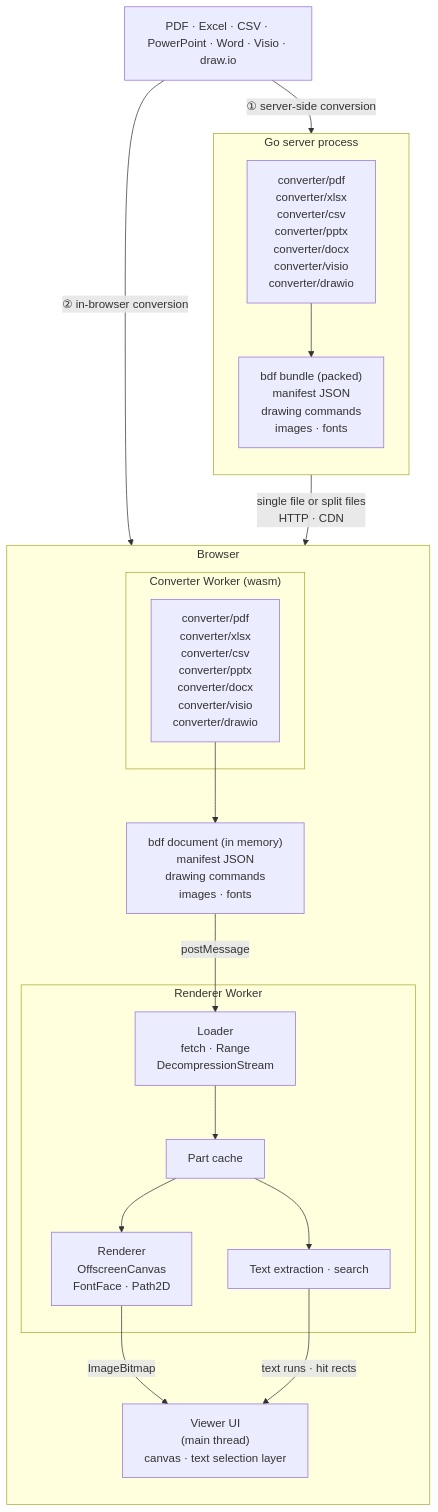
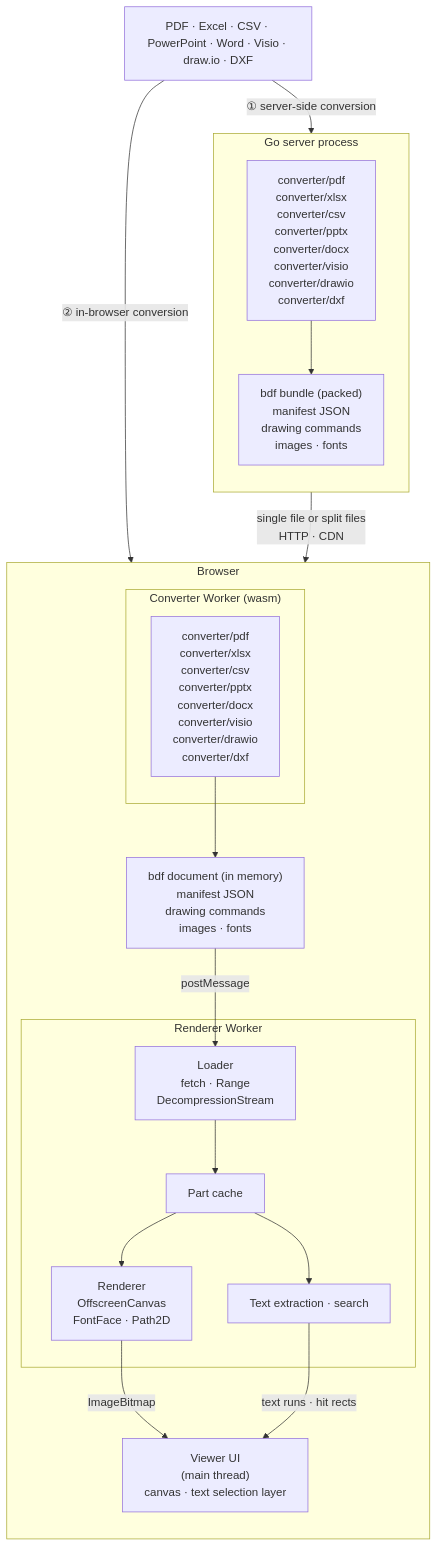
Before and after one commit to shibukawa/bdf: the diagram in README.md, drawn with Mermaid. The commit also changed other lines of this file and 51 other files, not shown here.

First line of the commit message:
Add AutoCAD DXF converter to BDF, with model space and paper space layouts (#17)

````diff
--- a/README.md
+++ b/README.md
@@ -13,37 +13,37 @@
 ```mermaid
 flowchart TB
-    SRC["PDF · Excel · CSV · PowerPoint · Word · Visio · draw.io"]
+    SRC["PDF · Excel · CSV · PowerPoint · Word · Visio · draw.io · DXF"]
 
     subgraph SERVER["Go server process"]
         direction TB
-        SCONV["converter/pdf<br/>converter/xlsx<br/>converter/csv<br/>converter/pptx<br/>converter/docx<br/>converter/visio<br/>converter/drawio"]
+        SCONV["converter/pdf<br/>converter/xlsx<br/>converter/csv<br/>converter/pptx<br/>converter/docx<br/>converter/visio<br/>converter/drawio<br/>converter/dxf"]
         BUNDLE["bdf bundle (packed)<br/>manifest JSON<br/>drawing commands<br/>images · fonts"]
         SCONV --> BUNDLE
     end
 
     subgraph BROWSER["Browser"]
         direction TB
         subgraph CWORKER["Converter Worker (wasm)"]
-            WCONV["converter/pdf<br/>converter/xlsx<br/>converter/csv<br/>converter/pptx<br/>converter/docx<br/>converter/visio<br/>converter/drawio"]
+            WCONV["converter/pdf<br/>converter/xlsx<br/>converter/csv<br/>converter/pptx<br/>converter/docx<br/>converter/visio<br/>converter/drawio<br/>converter/dxf"]
         end
         PARTS["bdf document (in memory)<br/>manifest JSON<br/>drawing commands<br/>images · fonts"]
         subgraph RWORKER["Renderer Worker"]
             LOADER["Loader<br/>fetch · Range<br/>DecompressionStream"]
             STORE["Part cache"]
             RENDER["Renderer<br/>OffscreenCanvas<br/>FontFace · Path2D"]
             TEXT["Text extraction · search"]
             LOADER --> STORE
             STORE --> RENDER
             STORE --> TEXT
         end
         UI["Viewer UI<br/>(main thread)<br/>canvas · text selection layer"]
         WCONV --> PARTS
     end
 
     SRC -- "① server-side conversion" --> SCONV
     SRC -- "② in-browser conversion" --> WCONV
     BUNDLE -- "single file or split files<br/>HTTP · CDN" --> LOADER
     PARTS -- "postMessage" --> LOADER
     RENDER -- "ImageBitmap" --> UI
     TEXT -- "text runs · hit rects" --> UI
 ```
````
